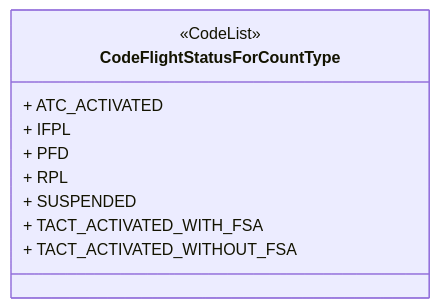
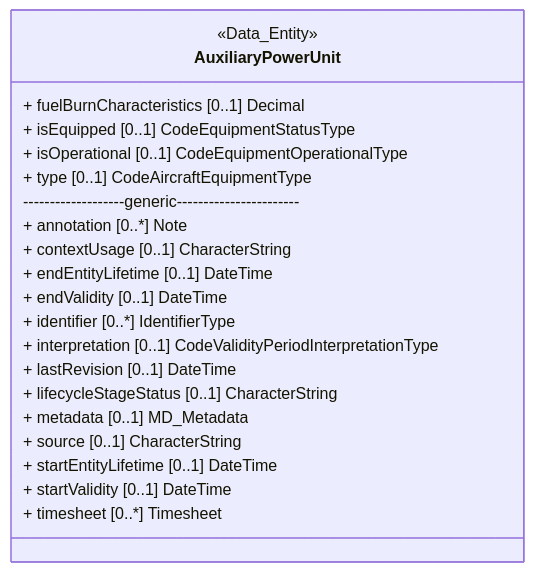
Before and after one commit to hlepori/testAIRM: diagram 13 of 46 in README.md, drawn with Mermaid. The commit also changed other lines of this file, not shown here.

````diff
--- a/README.md
+++ b/README.md
@@ -421,13 +370,24 @@
 ```mermaid	
 classDiagram	
-class CodeFlightStatusForCountType	
-<<CodeList>> CodeFlightStatusForCountType	
-link CodeFlightStatusForCountType "https://airm.aero/developers/advanced-search/1.0.0/CodeFlightStatusForCountType?model=LogicalModel" "Go to definition"	
-CodeFlightStatusForCountType : + ATC_ACTIVATED	
-CodeFlightStatusForCountType : + IFPL	
-CodeFlightStatusForCountType : + PFD	
-CodeFlightStatusForCountType : + RPL	
-CodeFlightStatusForCountType : + SUSPENDED	
-CodeFlightStatusForCountType : + TACT_ACTIVATED_WITH_FSA	
-CodeFlightStatusForCountType : + TACT_ACTIVATED_WITHOUT_FSA	
+class AuxiliaryPowerUnit	
+<<Data_Entity>> AuxiliaryPowerUnit	
+link AuxiliaryPowerUnit "https://airm.aero/developers/advanced-search/1.0.0/AuxiliaryPowerUnit?model=LogicalModel" "Go to definition"	
+AuxiliaryPowerUnit : + fuelBurnCharacteristics [0..1] Decimal	
+AuxiliaryPowerUnit : + isEquipped [0..1] CodeEquipmentStatusType	
+AuxiliaryPowerUnit : + isOperational [0..1] CodeEquipmentOperationalType	
+AuxiliaryPowerUnit : + type [0..1] CodeAircraftEquipmentType	
+AuxiliaryPowerUnit: -------------------generic-----------------------	
+AuxiliaryPowerUnit : + annotation [0..*] Note	
+AuxiliaryPowerUnit : + contextUsage [0..1] CharacterString	
+AuxiliaryPowerUnit : + endEntityLifetime [0..1] DateTime	
+AuxiliaryPowerUnit : + endValidity [0..1] DateTime	
+AuxiliaryPowerUnit : + identifier [0..*] IdentifierType	
+AuxiliaryPowerUnit : + interpretation [0..1] CodeValidityPeriodInterpretationType	
+AuxiliaryPowerUnit : + lastRevision [0..1] DateTime	
+AuxiliaryPowerUnit : + lifecycleStageStatus [0..1] CharacterString	
+AuxiliaryPowerUnit : + metadata [0..1] MD_Metadata	
+AuxiliaryPowerUnit : + source [0..1] CharacterString	
+AuxiliaryPowerUnit : + startEntityLifetime [0..1] DateTime	
+AuxiliaryPowerUnit : + startValidity [0..1] DateTime	
+AuxiliaryPowerUnit : + timesheet [0..*] Timesheet	
 ```	
````
